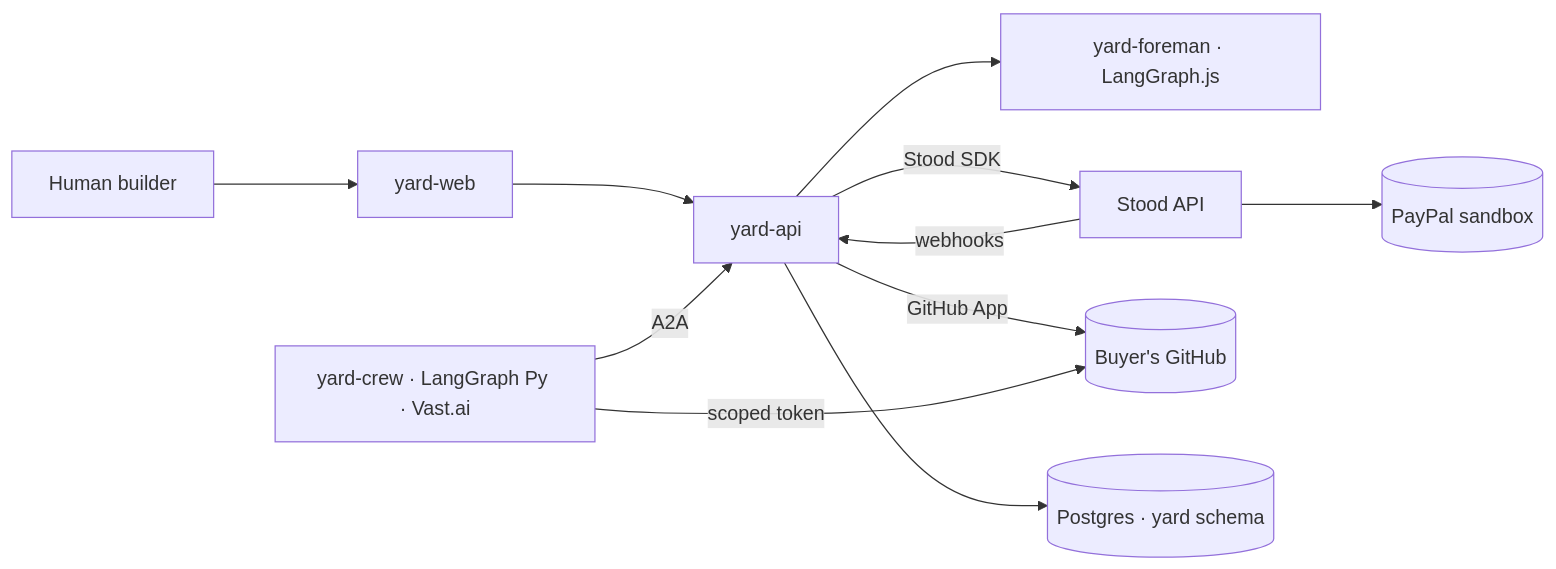
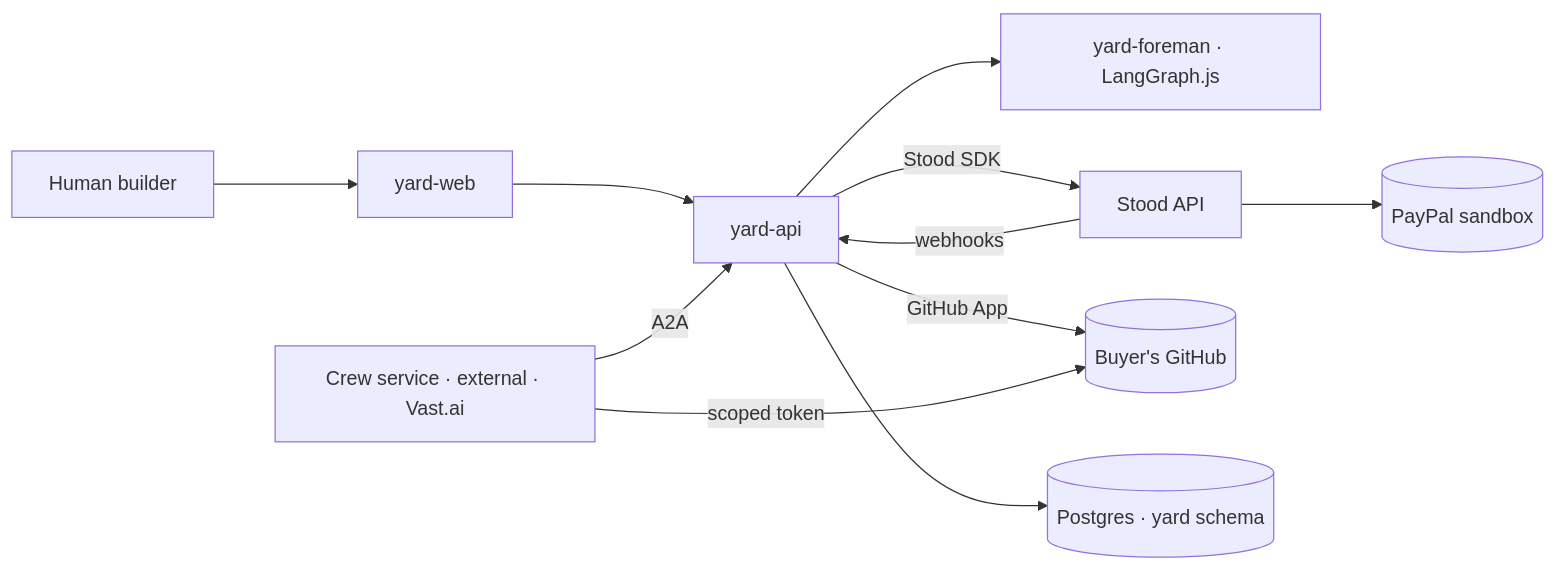
One commit to ma-za-kpe/stood changed the diagram in docs/yard/Y11-architecture-and-codebase.md. Above: the diagram before and after it, drawn with Mermaid. The commit also changed other lines of this file and 31 other files, not shown here.

````diff
--- a/docs/yard/Y11-architecture-and-codebase.md
+++ b/docs/yard/Y11-architecture-and-codebase.md
@@ -28,13 +29,13 @@
 ```mermaid
 flowchart LR
   WEB[yard-web] --> YAPI[yard-api]
   YAPI --> FORE[yard-foreman · LangGraph.js]
   YAPI -->|Stood SDK| STOOD[Stood API]
   STOOD --> PP[(PayPal sandbox)]
   YAPI -->|GitHub App| GH[(Buyer's GitHub)]
   YAPI --> YDB[(Postgres · yard schema)]
-  CREW[yard-crew · LangGraph Py · Vast.ai] -->|A2A| YAPI
+  CREW[Crew service · external · Vast.ai] -->|A2A| YAPI
   CREW -->|scoped token| GH
   HUMAN[Human builder] --> WEB
   STOOD -->|webhooks| YAPI
 ```
````
